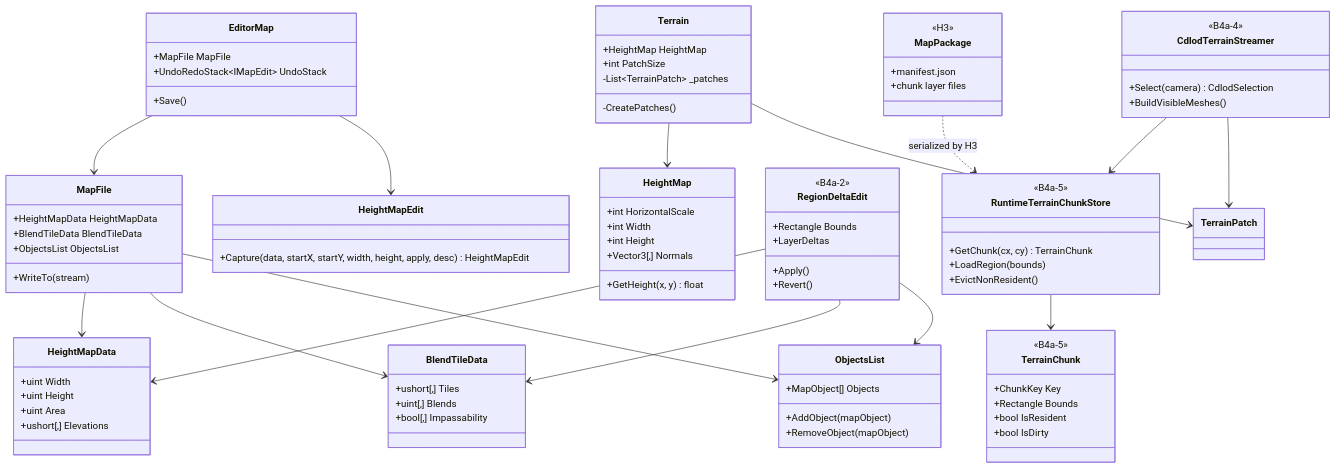
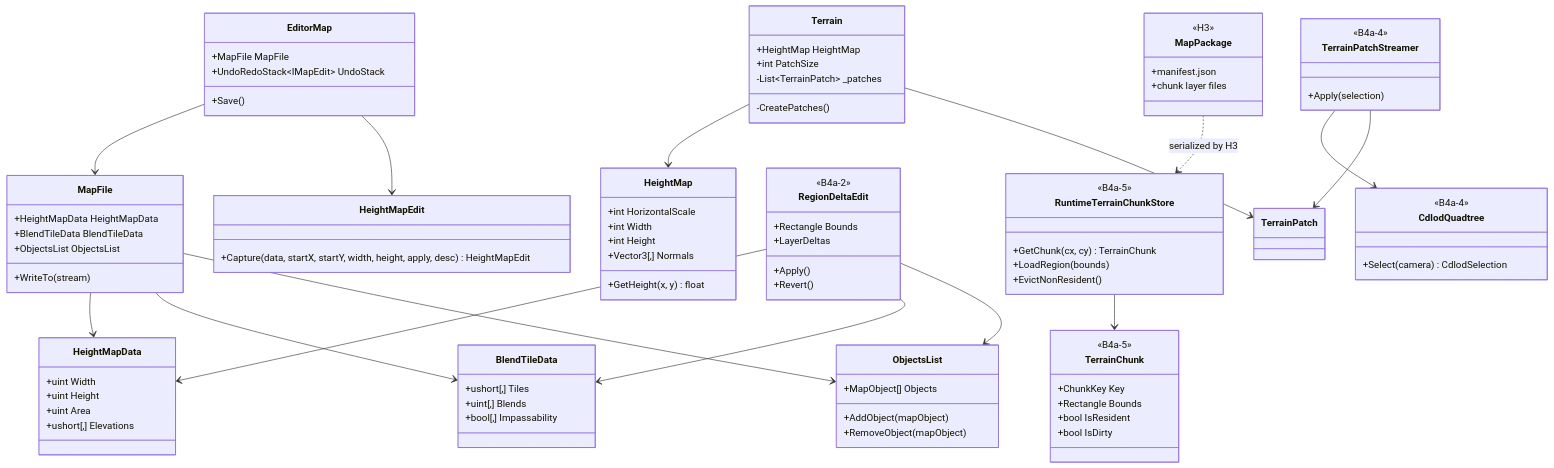
The first of 3 diagrams in docs/roadmap/deep-dives/b4a-larger-maps.md (rmessinger/Panopticon), drawn with Mermaid before and after one commit. The commit also changed other lines of this file, not shown here.

Commit message:
B4a-12: design CDLOD terrain streaming seams (WI-B4a-07)

````diff
--- a/docs/roadmap/deep-dives/b4a-larger-maps.md
+++ b/docs/roadmap/deep-dives/b4a-larger-maps.md
@@ -452,10 +527,13 @@
     +bool IsResident
     +bool IsDirty
   }
-  class CdlodTerrainStreamer {
+  class CdlodQuadtree {
     <<B4a-4>>
     +Select(camera) CdlodSelection
-    +BuildVisibleMeshes()
+  }
+  class TerrainPatchStreamer {
+    <<B4a-4>>
+    +Apply(selection)
   }
   class MapPackage {
     <<H3>>
@@ -474,7 +552,7 @@
   RegionDeltaEdit --> BlendTileData
   RegionDeltaEdit --> ObjectsList
   RuntimeTerrainChunkStore --> TerrainChunk
-  CdlodTerrainStreamer --> RuntimeTerrainChunkStore
-  CdlodTerrainStreamer --> TerrainPatch
+  TerrainPatchStreamer --> CdlodQuadtree
+  TerrainPatchStreamer --> TerrainPatch
   MapPackage ..> RuntimeTerrainChunkStore : serialized by H3
 ```
````
